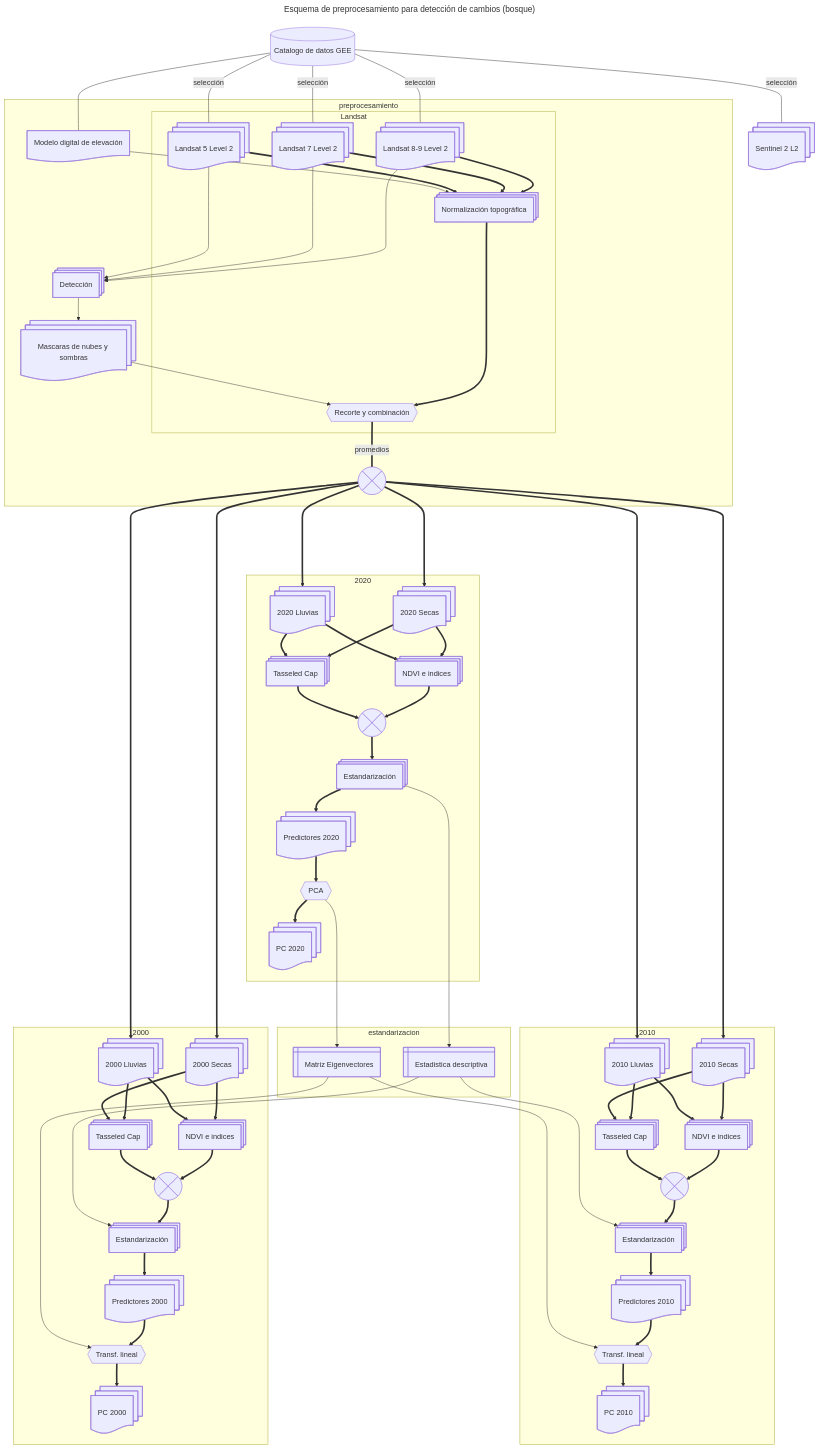
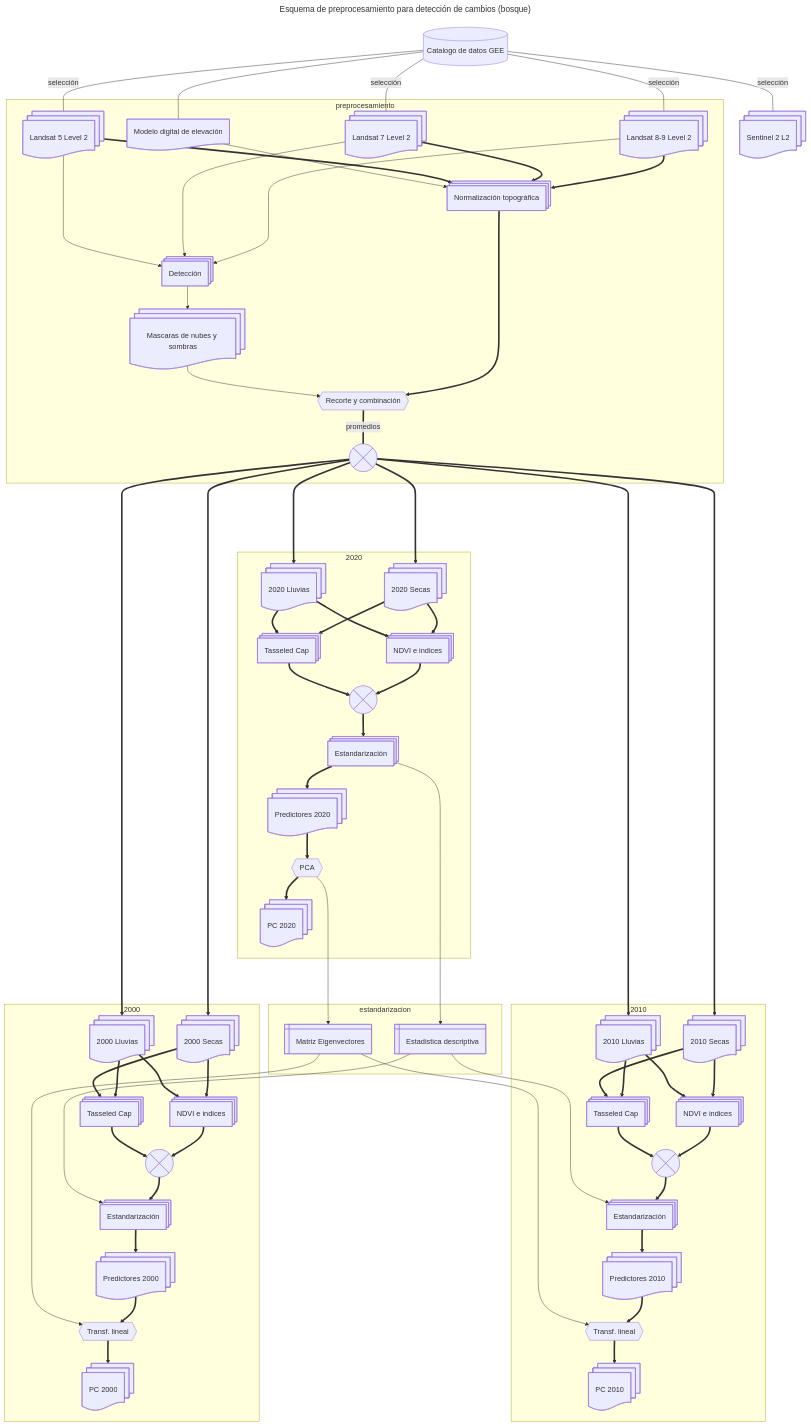
One commit to vshalisko/GEE changed the diagram in ANPs/Esquema_preprocesamiento.mermaid. Above: the diagram before and after it, drawn with Mermaid.

```diff
--- a/ANPs/Esquema_preprocesamiento.mermaid
+++ b/ANPs/Esquema_preprocesamiento.mermaid
@@ -1,133 +1,132 @@
 ---
 title: Esquema de preprocesamiento para detección de cambios (bosque)
 ---
 flowchart TD
     gee1[(Catalogo de datos GEE)]
     Landsat8@{ shape: docs, label: Landsat 8-9 Level 2}
     Landsat7@{ shape: docs, label: Landsat 7 Level 2}
     Landsat5@{ shape: docs, label: Landsat 5 Level 2}
     Sentinel2@{ shape: docs, label: Sentinel 2 L2}
     MDE@{ shape: doc, label: Modelo digital de elevación}
     
     INS@{ shape: procs, label: "Detección"}
     MNS@{ shape: docs, label: "Mascaras de nubes y sombras"}
     NT@{ shape: procs, label: "Normalización topográfica"}
     Combinacion1@{ shape: hex, label: "Recorte y combinación" }
     Combinacion2@{ shape: cross-circ, label: "Promedios de bandas" }
 
     BSecas2000@{ shape: docs, label: 2000 Secas}
     BLluvias2000@{ shape: docs, label: 2000 Lluvias}
     BSecas2010@{ shape: docs, label: 2010 Secas}
     BLluvias2010@{ shape: docs, label: 2010 Lluvias}
     BSecas2020@{ shape: docs, label: 2020 Secas}
     BLluvias2020@{ shape: docs, label: 2020 Lluvias}
 
     IndVeg2000@{ shape: procs, label: "NDVI e indices"}
     IndVeg2010@{ shape: procs, label: "NDVI e indices"}
     IndVeg2020@{ shape: procs, label: "NDVI e indices"}
     Tass2000@{ shape: procs, label: "Tasseled Cap"}
     Tass2010@{ shape: procs, label: "Tasseled Cap"}
     Tass2020@{ shape: procs, label: "Tasseled Cap"}
 
     Comb2000@{ shape: cross-circ, label: "Combinación" }
     Comb2010@{ shape: cross-circ, label: "Combinación" }
     Comb2020@{ shape: cross-circ, label: "Combinación" }
 
     Est2000@{ shape: procs, label: "Estandarización"}
     Est2010@{ shape: procs, label: "Estandarización"}
     Est2020@{ shape: procs, label: "Estandarización"}
 
     Capas2000@{ shape: docs, label: "Predictores 2000"}
     Capas2010@{ shape: docs, label: "Predictores 2010"}
     Capas2020@{ shape: docs, label: "Predictores 2020"}
 
     PCA2020@{ shape: hex, label: "PCA"}
     TL2000@{ shape: hex, label: "Transf. lineal"}
     TL2010@{ shape: hex, label: "Transf. lineal"}
 
     CapasPCA2000@{ shape: docs, label: "PC 2000"}
     CapasPCA2010@{ shape: docs, label: "PC 2010"}
     CapasPCA2020@{ shape: docs, label: "PC 2020"}
 
     Estadisticas@{ shape: win-pane, label: "Estadistica descriptiva" }
     Eigenvectors@{ shape: win-pane, label: "Matriz Eigenvectores" }
 
     gee1---|selección|Landsat8
     gee1---|selección|Landsat7
     gee1---|selección|Landsat5
     gee1---|selección|Sentinel2
     gee1---MDE
 
     subgraph preprocesamiento
-        subgraph Landsat
-            Landsat8==>NT
-            Landsat7==>NT
-            Landsat5==>NT
-            NT==>Combinacion1
-        end
+        Landsat8==>NT
+        Landsat7==>NT
+        Landsat5==>NT
+        NT==>Combinacion1
 
         Landsat8---->INS
         Landsat7---->INS
         Landsat5---->INS
+
         MDE-->NT
         INS-->MNS
         MNS-->Combinacion1
         Combinacion1===|promedios|Combinacion2
         
     end
 
     Combinacion2====>BSecas2000
     Combinacion2====>BLluvias2000
     Combinacion2====>BSecas2010
     Combinacion2====>BLluvias2010
     Combinacion2====>BSecas2020
     Combinacion2====>BLluvias2020
 
     subgraph 2000
         BSecas2000==>IndVeg2000
         BLluvias2000==>Tass2000
         BLluvias2000==>IndVeg2000
         BSecas2000==>Tass2000
         IndVeg2000==>Comb2000
         Tass2000==>Comb2000
         Comb2000==>Est2000
         Est2000==>Capas2000
         Capas2000==>TL2000
         TL2000==>CapasPCA2000
     end
 
     subgraph 2010
         BSecas2010==>IndVeg2010
         BLluvias2010==>Tass2010
         BLluvias2010==>IndVeg2010
         BSecas2010==>Tass2010
         IndVeg2010==>Comb2010
         Tass2010==>Comb2010
         Comb2010==>Est2010
         Est2010==>Capas2010
         Capas2010==>TL2010
         TL2010==>CapasPCA2010
     end
 
     subgraph 2020
         BSecas2020==>IndVeg2020
         BSecas2020==>Tass2020
         BLluvias2020==>IndVeg2020
         BLluvias2020==>Tass2020
         IndVeg2020==>Comb2020
         Tass2020==>Comb2020
         Comb2020==>Est2020
         Est2020==>Capas2020
         Capas2020==>PCA2020
         PCA2020==>CapasPCA2020
     end
 
     subgraph estandarizacion
         Est2020---->Estadisticas
         Estadisticas---->Est2000
         Estadisticas---->Est2010
 
         PCA2020---->Eigenvectors
         Eigenvectors---->TL2000
         Eigenvectors---->TL2010
     end
```
